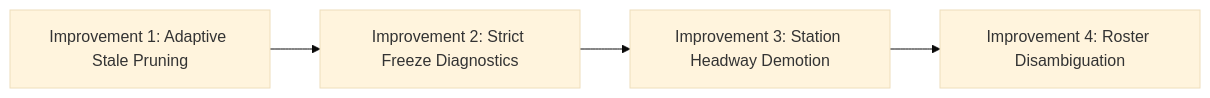
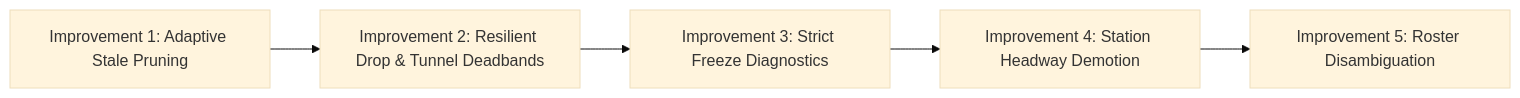
Before and after one commit to svagionitis/railmon: the third of 3 diagrams in docs/investigations/telemetry-anomalies-and-duplicate-train-numbers-investigation.md, drawn with Mermaid (base theme). The commit also changed other lines of this file and 9 other files, not shown here.

````diff
--- a/docs/investigations/telemetry-anomalies-and-duplicate-train-numbers-investigation.md
+++ b/docs/investigations/telemetry-anomalies-and-duplicate-train-numbers-investigation.md
@@ -247,6 +249,7 @@
 ```mermaid
 flowchart LR
-    A["Improvement 1: Adaptive Stale Pruning"] --> B["Improvement 2: Strict Freeze Diagnostics"]
-    B --> C["Improvement 3: Station Headway Demotion"]
-    C --> D["Improvement 4: Roster Disambiguation"]
+    A["Improvement 1: Adaptive Stale Pruning"] --> B["Improvement 2: Resilient Drop & Tunnel Deadbands"]
+    B --> C["Improvement 3: Strict Freeze Diagnostics"]
+    C --> D["Improvement 4: Station Headway Demotion"]
+    D --> E["Improvement 5: Roster Disambiguation"]
 ```
````
